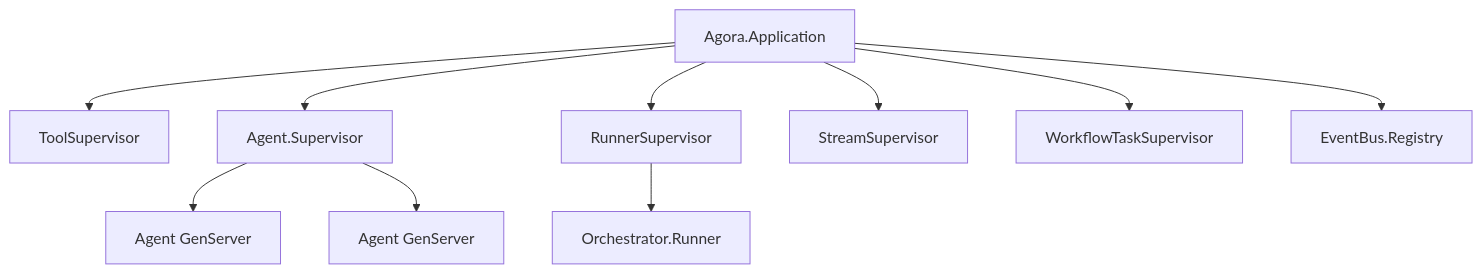
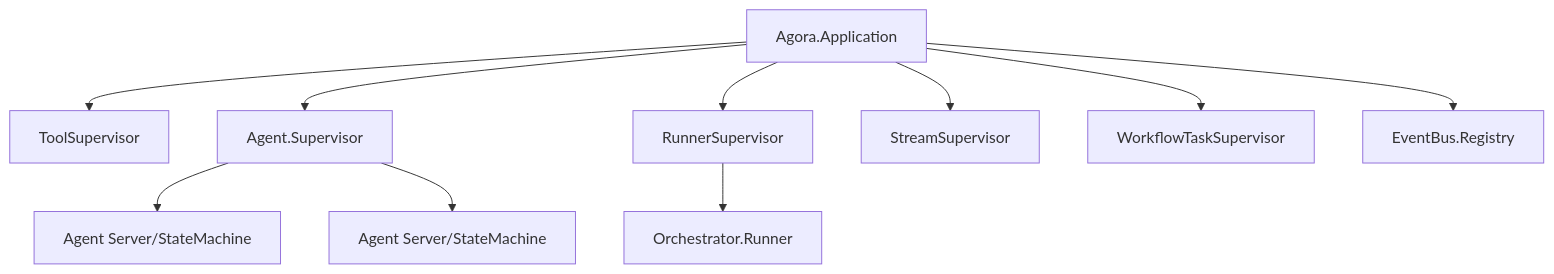
Before and after one commit to afsharalex/agora: the diagram in guides/architecture.md, drawn with Mermaid. The commit also changed other lines of this file and 3 other files, not shown here.

````diff
--- a/guides/architecture.md
+++ b/guides/architecture.md
@@ -16,12 +16,12 @@
 ```mermaid
 graph TD
   App[Agora.Application] --> ToolSup[ToolSupervisor]
   App --> AgentSup[Agent.Supervisor]
   App --> RunnerSup[RunnerSupervisor]
   App --> StreamSup[StreamSupervisor]
   App --> WorkflowSup[WorkflowTaskSupervisor]
   App --> EventBus[EventBus.Registry]
-  AgentSup --> Agent1[Agent GenServer]
-  AgentSup --> Agent2[Agent GenServer]
+  AgentSup --> Agent1[Agent Server/StateMachine]
+  AgentSup --> Agent2[Agent Server/StateMachine]
   RunnerSup --> Runner1[Orchestrator.Runner]
 ```
````
